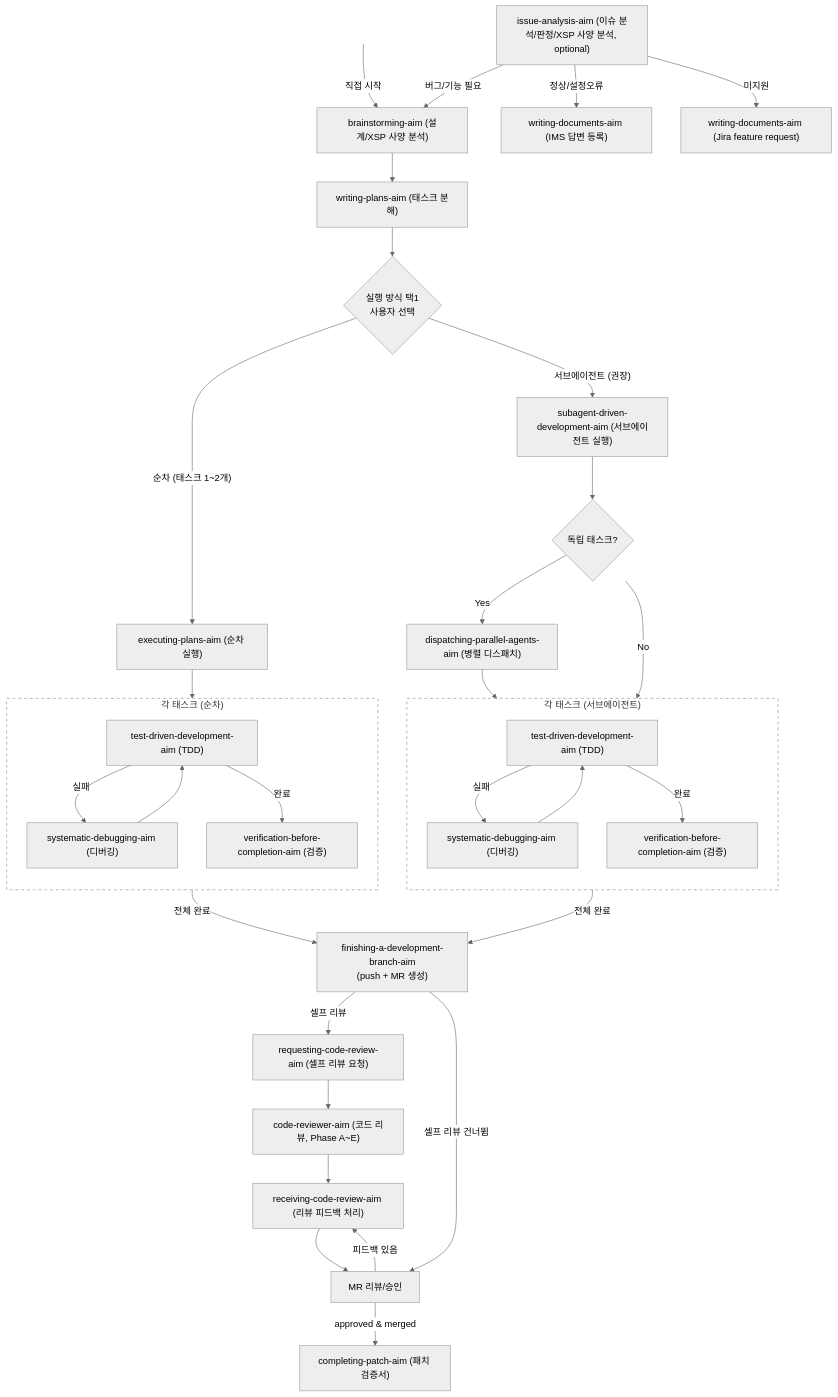
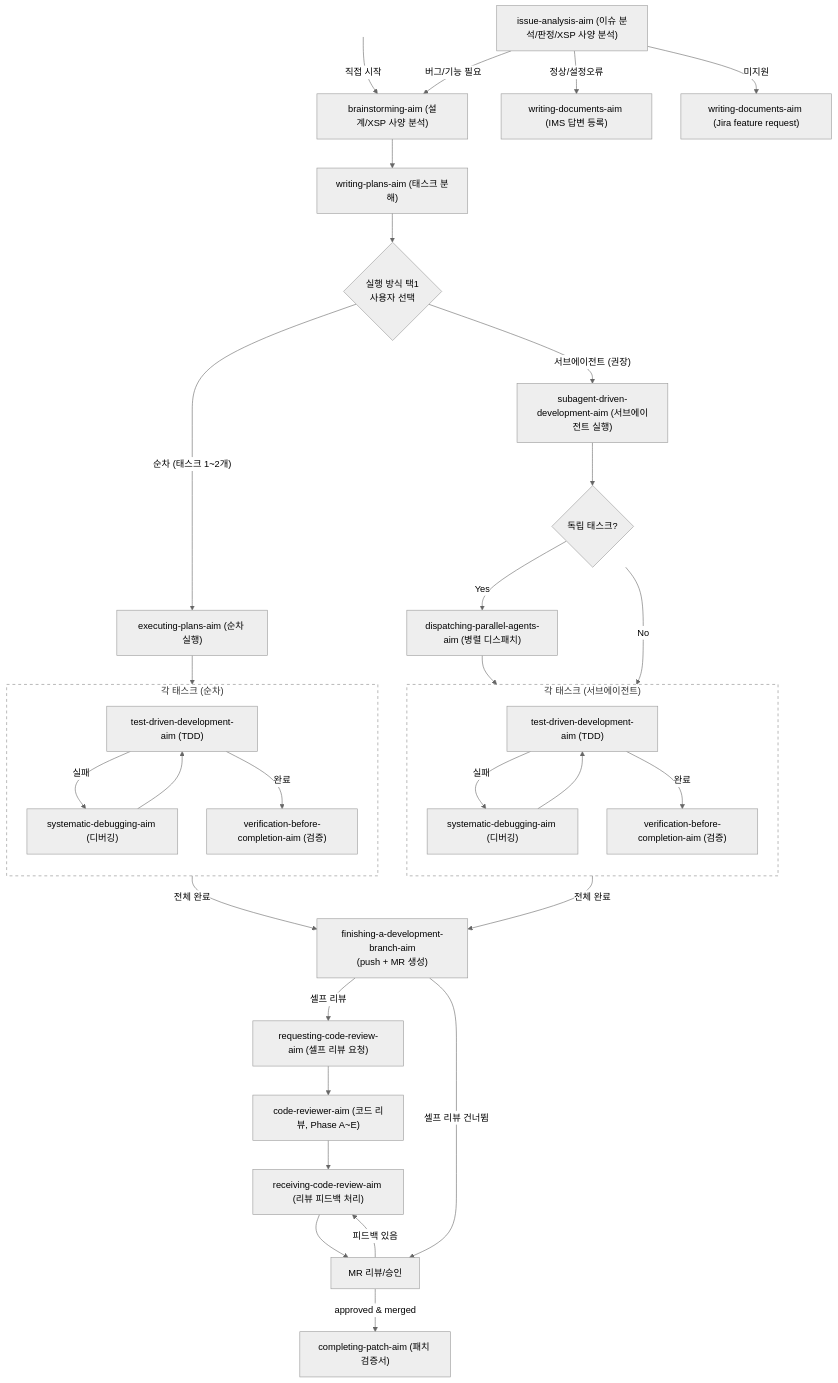
One commit to kmj5228/aim-harness changed the diagram in README.md. Above: the diagram before and after it, drawn with Mermaid (neutral theme).

Commit message:
docs: remove optional from issue-analysis-aim label

````diff
--- a/README.md
+++ b/README.md
@@ -77,47 +77,47 @@
 ```mermaid
 flowchart TD
-    A["issue-analysis-aim (이슈 분석/판정/XSP 사양 분석, optional)"] -->|"버그/기능 필요"| B["brainstorming-aim (설계/XSP 사양 분석)"]
+    A["issue-analysis-aim (이슈 분석/판정/XSP 사양 분석)"] -->|"버그/기능 필요"| B["brainstorming-aim (설계/XSP 사양 분석)"]
     START[ ] -->|직접 시작| B
     B --> C["writing-plans-aim (태스크 분해)"]
     C --> D{실행 방식 택1\n사용자 선택}
 
     D -->|"순차 (태스크 1~2개)"| E["executing-plans-aim (순차 실행)"]
     E --> TDD1
 
     D -->|"서브에이전트 (권장)"| F["subagent-driven-development-aim (서브에이전트 실행)"]
     F --> H{독립 태스크?}
     H -->|"Yes"| P1["dispatching-parallel-agents-aim (병렬 디스패치)"]
     H -->|"No"| TDD2
     P1 --> TDD2
 
     subgraph TDD1 ["각 태스크 (순차)"]
         direction TB
         G1["test-driven-development-aim (TDD)"] -->|실패| I1["systematic-debugging-aim (디버깅)"]
         I1 --> G1
         G1 -->|완료| J1["verification-before-completion-aim (검증)"]
     end
 
     subgraph TDD2 ["각 태스크 (서브에이전트)"]
         direction TB
         G2["test-driven-development-aim (TDD)"] -->|실패| I2["systematic-debugging-aim (디버깅)"]
         I2 --> G2
         G2 -->|완료| J2["verification-before-completion-aim (검증)"]
     end
 
     TDD1 -->|전체 완료| K["finishing-a-development-branch-aim\n(push + MR 생성)"]
     TDD2 -->|전체 완료| K
     K -->|셀프 리뷰| L["requesting-code-review-aim (셀프 리뷰 요청)"]
     L --> M["code-reviewer-aim (코드 리뷰, Phase A~E)"]
     K -->|셀프 리뷰 건너뜀| MR[MR 리뷰/승인]
     M --> RCV["receiving-code-review-aim (리뷰 피드백 처리)"]
     RCV --> MR
     MR -->|피드백 있음| RCV
     MR -->|approved & merged| N["completing-patch-aim (패치 검증서)"]
 
     A -->|"정상/설정오류"| O["writing-documents-aim (IMS 답변 등록)"]
     A -->|"미지원"| Q["writing-documents-aim (Jira feature request)"]
 
     style START fill:transparent,stroke:transparent
     style TDD1 fill:transparent,stroke:#888,stroke-dasharray: 5 5
     style TDD2 fill:transparent,stroke:#888,stroke-dasharray: 5 5
 ```
````
